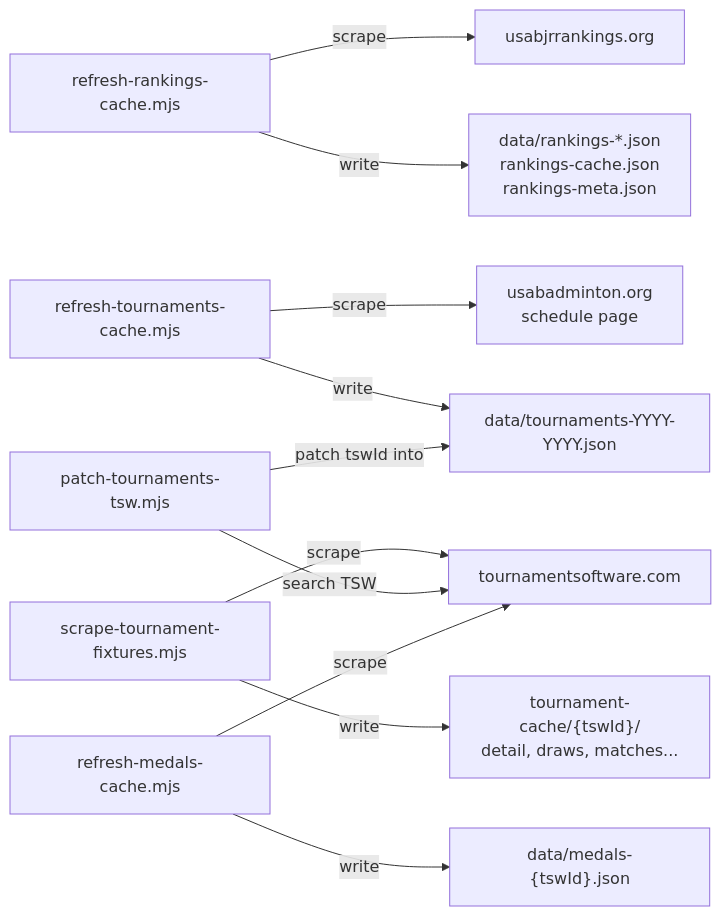
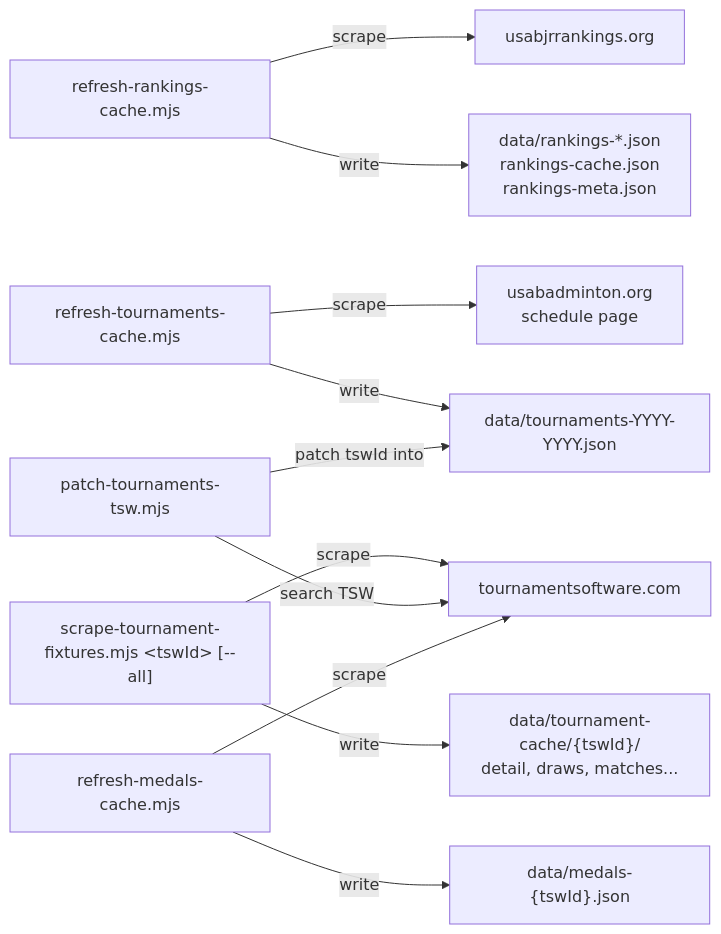
Before and after one commit to pookyl/usab-junior: the second of 3 diagrams in docs/design/architecture.md, drawn with Mermaid. The commit also changed other lines of this file and 73 other files, not shown here.

First line of the commit message:
refactor: move tournament cache from public/ to data/, remove cached-tournaments.json

````diff
--- a/docs/design/architecture.md
+++ b/docs/design/architecture.md
@@ -53,17 +53,17 @@
 ```mermaid
 flowchart LR
     S1["refresh-rankings-cache.mjs"] -->|scrape| USAB["usabjrrankings.org"]
     S1 -->|write| R["data/rankings-*.json<br/>rankings-cache.json<br/>rankings-meta.json"]
 
     S2["refresh-tournaments-cache.mjs"] -->|scrape| USAB2["usabadminton.org<br/>schedule page"]
     S2 -->|write| T["data/tournaments-YYYY-YYYY.json"]
 
-    S3["scrape-tournament-fixtures.mjs"] -->|scrape| TSW["tournamentsoftware.com"]
-    S3 -->|write| TC["tournament-cache/{tswId}/<br/>detail, draws, matches..."]
+    S3["scrape-tournament-fixtures.mjs &lt;tswId&gt; [--all]"] -->|scrape| TSW["tournamentsoftware.com"]
+    S3 -->|write| TC["data/tournament-cache/{tswId}/<br/>detail, draws, matches..."]
 
     S4["patch-tournaments-tsw.mjs"] -->|search TSW| TSW
     S4 -->|patch tswId into| T
 
     S5["refresh-medals-cache.mjs"] -->|scrape| TSW
     S5 -->|write| M["data/medals-{tswId}.json"]
 ```
````
